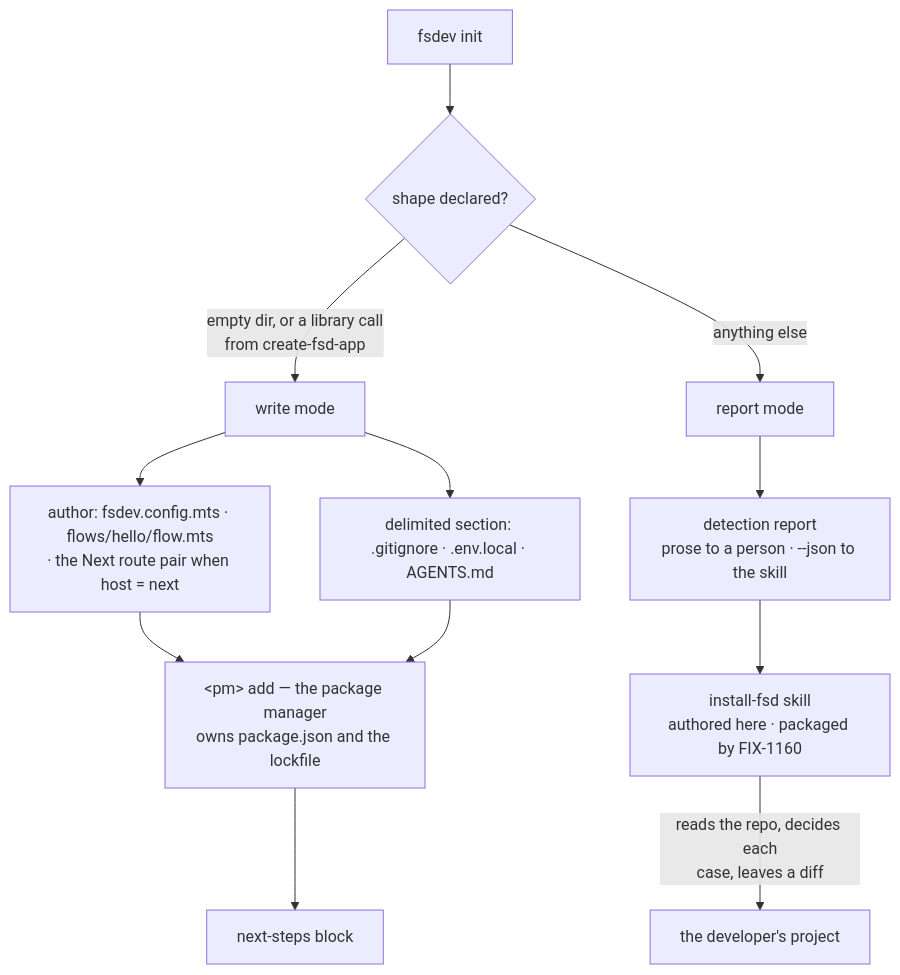
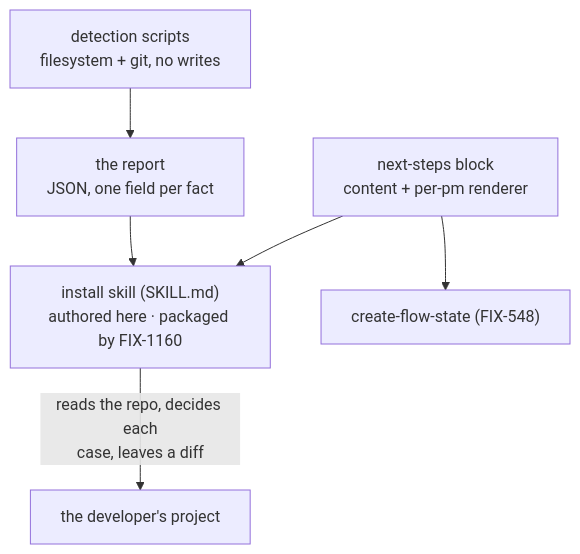
One commit to fixpoint-labs/flow-state-dev changed the diagram in spec/FIX-1159.md. Above: the diagram before and after it, drawn with Mermaid. The commit also changed other lines of this file, not shown here.

````diff
--- a/spec/FIX-1159.md
+++ b/spec/FIX-1159.md
@@ -274,16 +299,8 @@
 ```mermaid
 flowchart TB
-  A[fsdev init] --> B{shape declared?}
-  B -->|"empty dir, or a library call<br/>from create-fsd-app"| W[write mode]
-  B -->|anything else| R[report mode]
-
-  R --> RP["detection report<br/>prose to a person · --json to the skill"]
-  RP --> S["install-fsd skill<br/>authored here · packaged by FIX-1160"]
-  S -->|"reads the repo, decides each<br/>case, leaves a diff"| P[the developer's project]
-
-  W --> W1["author: fsdev.config.mts · flows/hello/flow.mts<br/>· the Next route pair when host = next"]
-  W --> W2["delimited section: .gitignore · .env.local · AGENTS.md"]
-  W1 --> I["&lt;pm&gt; add — the package manager<br/>owns package.json and the lockfile"]
-  W2 --> I
-  I --> N[next-steps block]
+  D["detection scripts<br/>filesystem + git, no writes"] --> R["the report<br/>JSON, one field per fact"]
+  R --> S["install skill (SKILL.md)<br/>authored here · packaged by FIX-1160"]
+  S -->|"reads the repo, decides each<br/>case, leaves a diff"| P["the developer's project"]
+  N["next-steps block<br/>content + per-pm renderer"] --> S
+  N --> G["create-flow-state (FIX-548)"]
 ```
````
